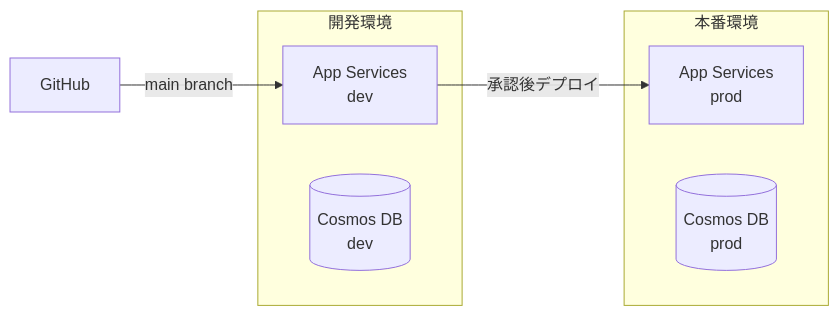
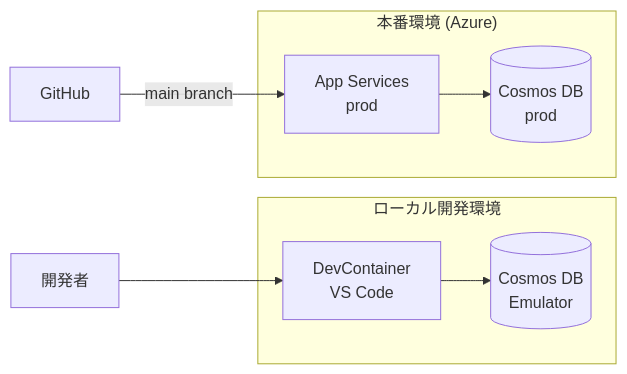
One commit to Takas0522/ws-demo-poly-integration changed the second of 3 diagrams in docs/architecture/README.md. Above: the diagram before and after it, drawn with Mermaid. The commit also changed other lines of this file and 1 other file, not shown here.

````diff
--- a/docs/architecture/README.md
+++ b/docs/architecture/README.md
@@ -80,15 +80,18 @@
 ```mermaid
 graph LR
-    subgraph "開発環境"
-        DevApp[App Services<br/>dev]
-        DevDB[(Cosmos DB<br/>dev)]
+    subgraph "ローカル開発環境"
+        DevContainer[DevContainer<br/>VS Code]
+        Emulator[(Cosmos DB<br/>Emulator)]
     end
     
-    subgraph "本番環境"
+    subgraph "本番環境 (Azure)"
         ProdApp[App Services<br/>prod]
         ProdDB[(Cosmos DB<br/>prod)]
     end
     
-    Git[GitHub] -->|main branch| DevApp
-    DevApp -->|承認後デプロイ| ProdApp
+    Developer[開発者] --> DevContainer
+    DevContainer --> Emulator
+    
+    Git[GitHub] -->|main branch| ProdApp
+    ProdApp --> ProdDB
 ```
````
